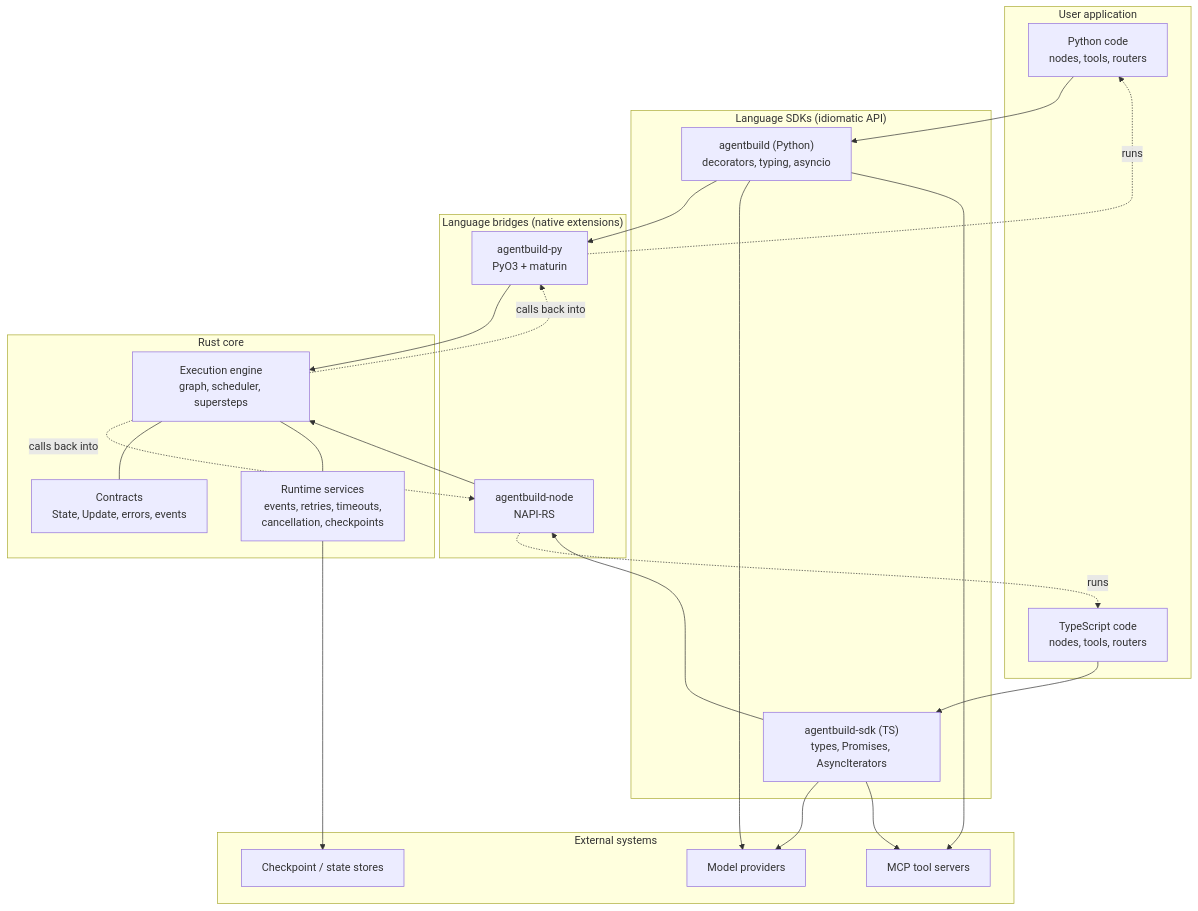
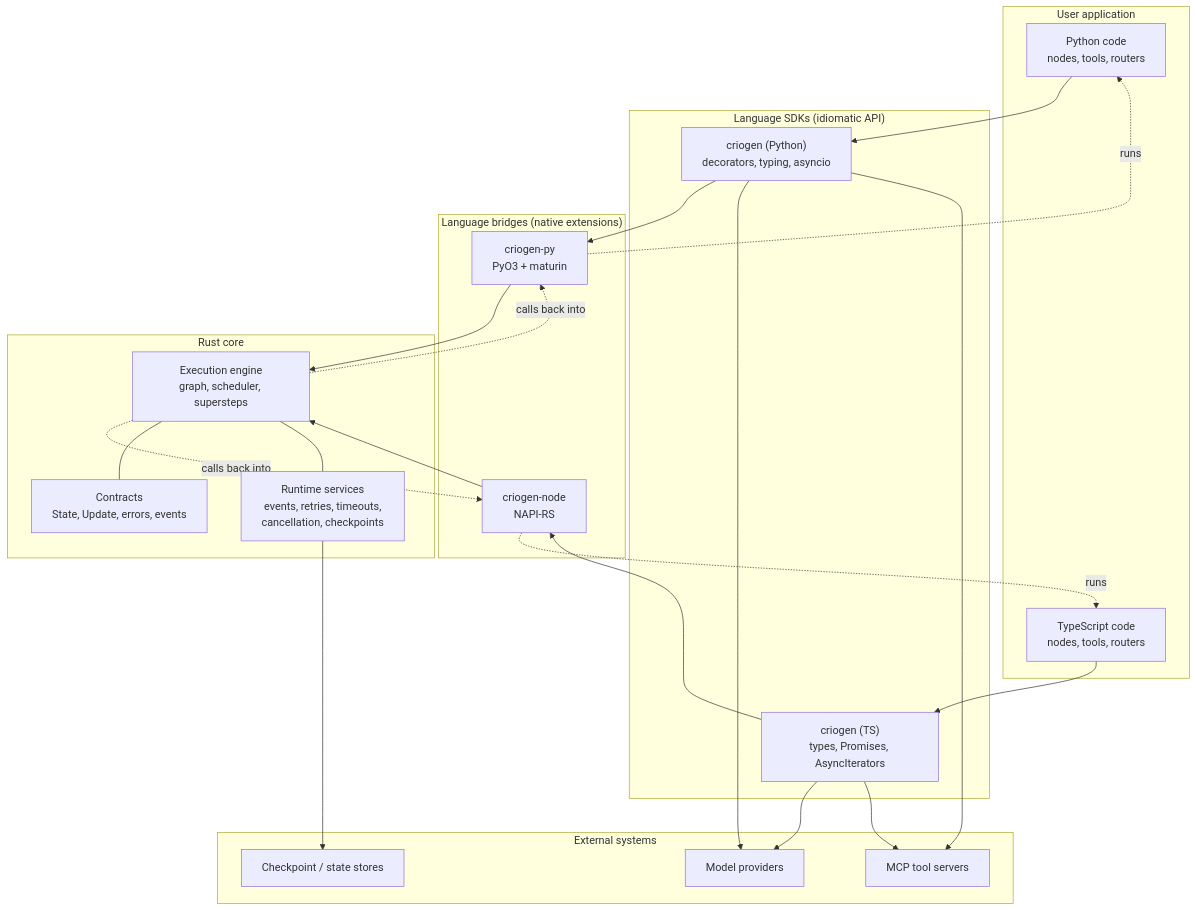
One commit to VARMAMASTER/criogenai changed the first of 10 diagrams in docs/architecture.md. Above: the diagram before and after it, drawn with Mermaid. The commit also changed other lines of this file and 452 other files, not shown here.

````diff
--- a/docs/architecture.md
+++ b/docs/architecture.md
@@ -19,41 +19,41 @@
 ```mermaid
 flowchart TB
     subgraph User["User application"]
         PY["Python code<br/>nodes, tools, routers"]
         TS["TypeScript code<br/>nodes, tools, routers"]
     end
 
     subgraph SDKs["Language SDKs (idiomatic API)"]
-        PYSDK["agentbuild (Python)<br/>decorators, typing, asyncio"]
-        TSSDK["agentbuild-sdk (TS)<br/>types, Promises, AsyncIterators"]
+        PYSDK["criogen (Python)<br/>decorators, typing, asyncio"]
+        TSSDK["criogen (TS)<br/>types, Promises, AsyncIterators"]
     end
 
     subgraph Bridges["Language bridges (native extensions)"]
-        PYB["agentbuild-py<br/>PyO3 + maturin"]
-        TSB["agentbuild-node<br/>NAPI-RS"]
+        PYB["criogen-py<br/>PyO3 + maturin"]
+        TSB["criogen-node<br/>NAPI-RS"]
     end
 
     subgraph Core["Rust core"]
         ENGINE["Execution engine<br/>graph, scheduler, supersteps"]
         CONTRACTS["Contracts<br/>State, Update, errors, events"]
         SERVICES["Runtime services<br/>events, retries, timeouts,<br/>cancellation, checkpoints"]
     end
 
     subgraph External["External systems"]
         LLM["Model providers"]
         STORE["Checkpoint / state stores"]
         MCP["MCP tool servers"]
     end
 
     PY --> PYSDK --> PYB --> ENGINE
     TS --> TSSDK --> TSB --> ENGINE
     ENGINE -. calls back into .-> PYB -. runs .-> PY
     ENGINE -. calls back into .-> TSB -. runs .-> TS
     ENGINE --- CONTRACTS
     ENGINE --- SERVICES
     SERVICES --> STORE
     PYSDK --> LLM
     TSSDK --> LLM
     PYSDK --> MCP
     TSSDK --> MCP
 ```
````
